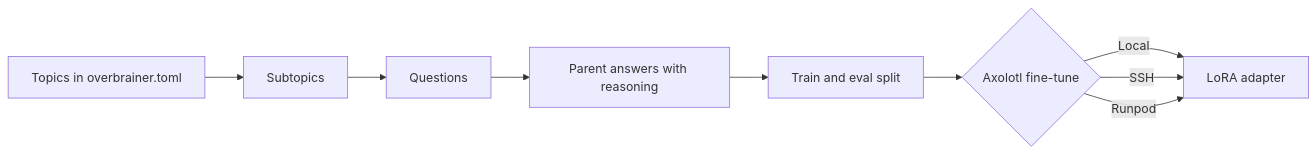
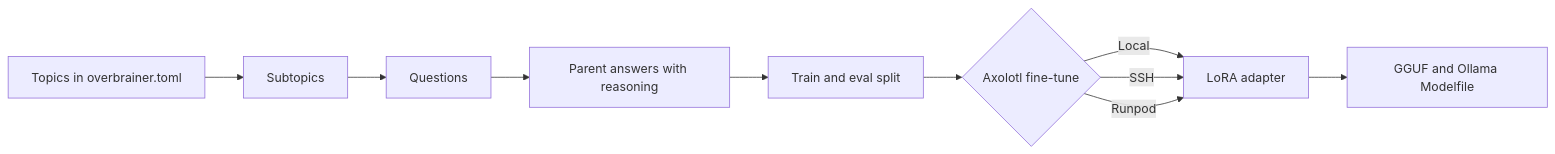
Before and after one commit to nayrosk/overbrainer: the diagram in README.md, drawn with Mermaid. The commit also changed other lines of this file and 42 other files, not shown here.

First line of the commit message:
feat(export): export a run to GGUF and an Ollama Modelfile (#118)

````diff
--- a/README.md
+++ b/README.md
@@ -19,11 +19,12 @@
 ```mermaid
 flowchart LR
     T[Topics in overbrainer.toml] --> S[Subtopics]
     S --> Q[Questions]
     Q --> A[Parent answers with reasoning]
     A --> SP[Train and eval split]
     SP --> F{Axolotl fine-tune}
     F -->|Local| L[LoRA adapter]
     F -->|SSH| L
     F -->|Runpod| L
+    L --> G[GGUF and Ollama Modelfile]
 ```
````
